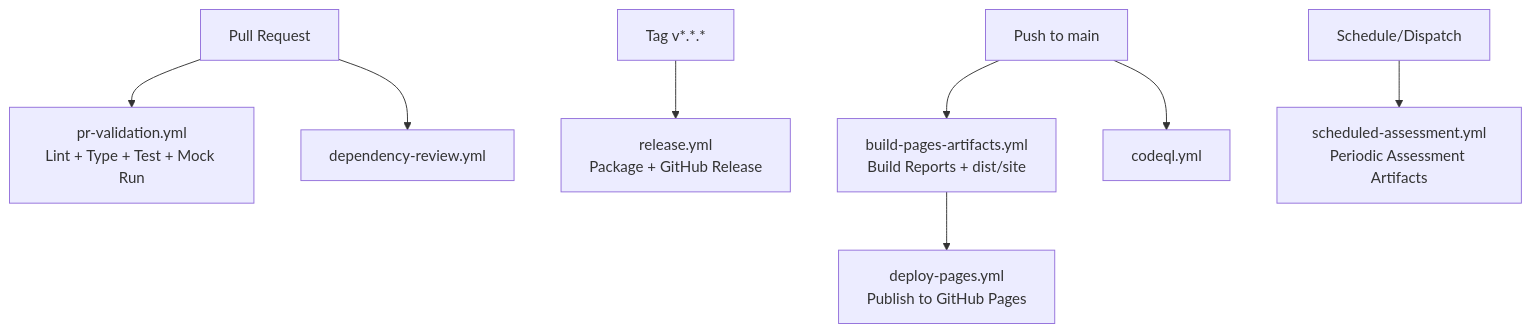
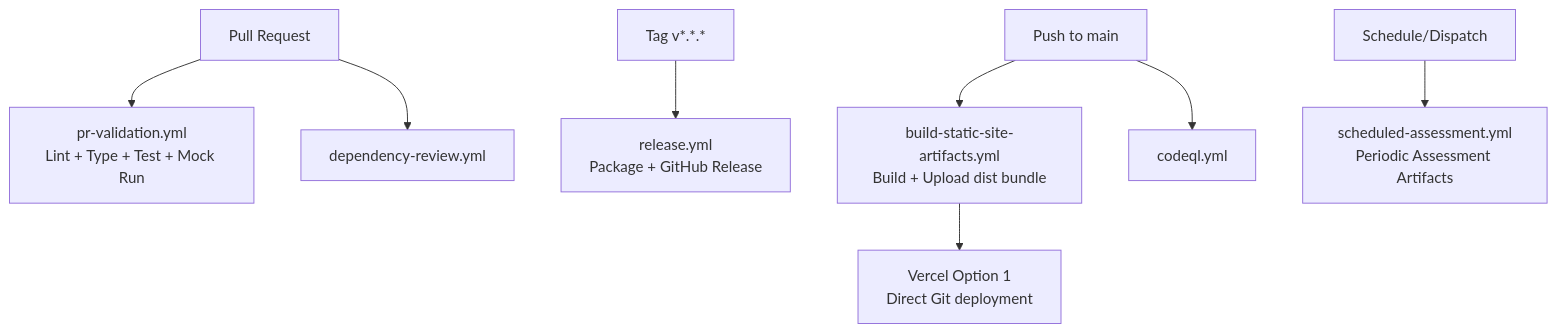
The third of 3 diagrams in README.md (m-khan-97/CRIS-SME), drawn with Mermaid before and after one commit. The commit also changed other lines of this file and 8 other files, not shown here.

Commit message:
docs: migrate deployment documentation from GitHub Pages to Vercel

````diff
--- a/README.md
+++ b/README.md
@@ -88,10 +89,10 @@
 ```mermaid
 flowchart TD
     PR[Pull Request] --> PRV[pr-validation.yml\nLint + Type + Test + Mock Run]
-    MAIN[Push to main] --> BUILD[build-pages-artifacts.yml\nBuild Reports + dist/site]
-    BUILD --> DEPLOY[deploy-pages.yml\nPublish to GitHub Pages]
+    MAIN[Push to main] --> BUILD[build-static-site-artifacts.yml\nBuild + Upload dist bundle]
     TAG[Tag v*.*.*] --> REL[release.yml\nPackage + GitHub Release]
     SCHED[Schedule/Dispatch] --> SCH[scheduled-assessment.yml\nPeriodic Assessment Artifacts]
     PR --> DEPREV[dependency-review.yml]
     MAIN --> CODEQL[codeql.yml]
+    BUILD --> VERCEL[Vercel Option 1\nDirect Git deployment]
 ```
````
